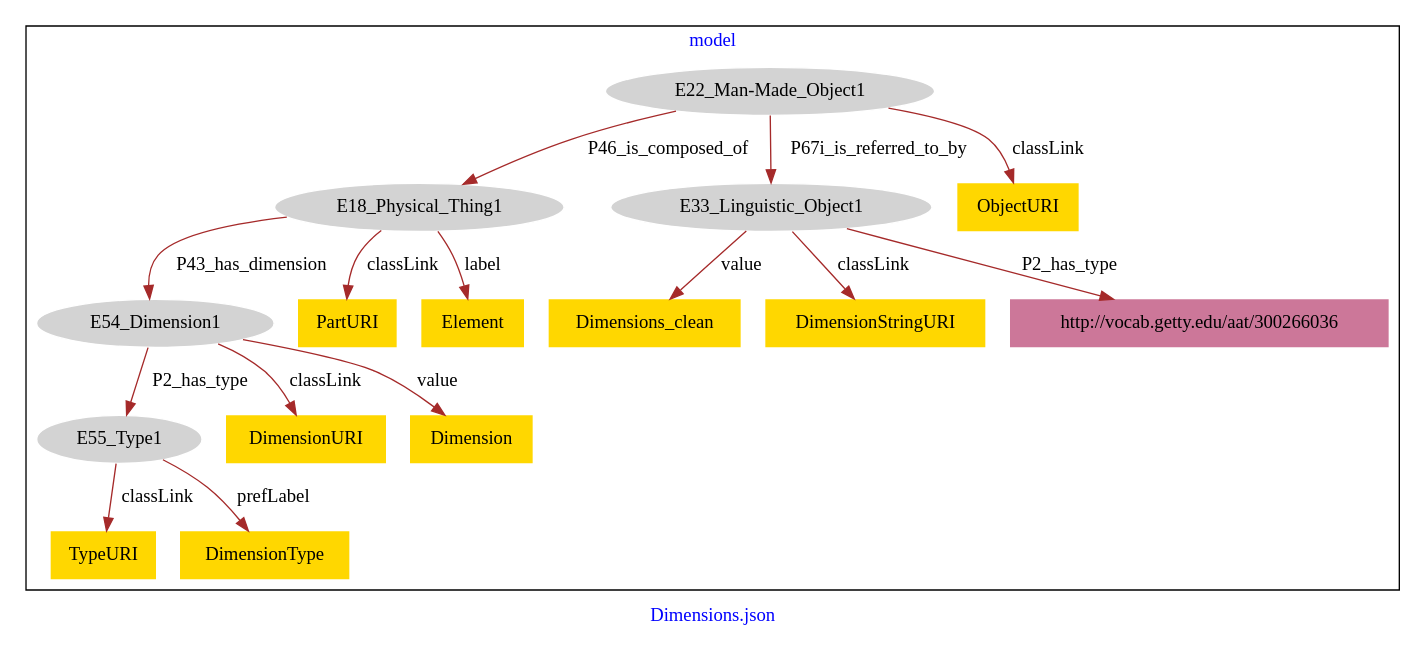
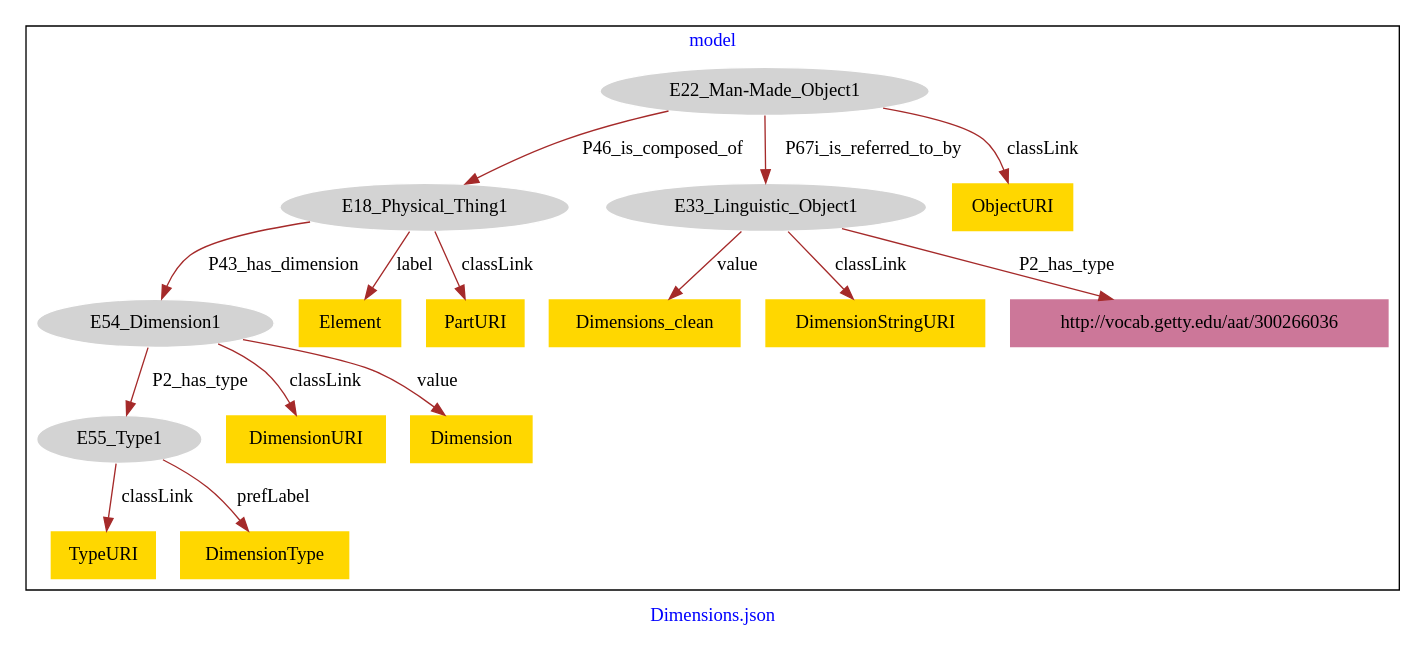
Before and after one commit to american-art/GM: the diagram in Dimensions/Dimensions-model.dot, drawn with Graphviz.

Commit message:
Update file Dimensions-model.dot

```diff
--- a/Dimensions/Dimensions-model.dot
+++ b/Dimensions/Dimensions-model.dot
@@ -1,37 +1,37 @@
 digraph n0 {
 fontcolor="blue"
 remincross="true"
 label="Dimensions.json"
 subgraph cluster {
 label="model"
 n2[style="filled",color="white",fillcolor="lightgray",label="E18_Physical_Thing1"];
 n3[style="filled",color="white",fillcolor="lightgray",label="E54_Dimension1"];
 n4[style="filled",color="white",fillcolor="lightgray",label="E22_Man-Made_Object1"];
 n5[style="filled",color="white",fillcolor="lightgray",label="E33_Linguistic_Object1"];
 n6[style="filled",color="white",fillcolor="lightgray",label="E55_Type1"];
-n7[shape="plaintext",style="filled",fillcolor="gold",label="PartURI"];
-n8[shape="plaintext",style="filled",fillcolor="gold",label="TypeURI"];
+n7[shape="plaintext",style="filled",fillcolor="gold",label="Dimensions_clean"];
+n8[shape="plaintext",style="filled",fillcolor="gold",label="DimensionURI"];
 n9[shape="plaintext",style="filled",fillcolor="gold",label="Element"];
 n10[shape="plaintext",style="filled",fillcolor="gold",label="ObjectURI"];
-n11[shape="plaintext",style="filled",fillcolor="gold",label="Dimensions_clean"];
-n12[shape="plaintext",style="filled",fillcolor="gold",label="DimensionURI"];
-n13[shape="plaintext",style="filled",fillcolor="gold",label="DimensionType"];
-n14[shape="plaintext",style="filled",fillcolor="gold",label="DimensionStringURI"];
-n15[shape="plaintext",style="filled",fillcolor="gold",label="Dimension"];
+n11[shape="plaintext",style="filled",fillcolor="gold",label="TypeURI"];
+n12[shape="plaintext",style="filled",fillcolor="gold",label="DimensionStringURI"];
+n13[shape="plaintext",style="filled",fillcolor="gold",label="Dimension"];
+n14[shape="plaintext",style="filled",fillcolor="gold",label="DimensionType"];
+n15[shape="plaintext",style="filled",fillcolor="gold",label="PartURI"];
 n16[shape="plaintext",style="filled",fillcolor="#CC7799",label="http://vocab.getty.edu/aat/300266036"];
 }
 n2 -> n3[color="brown",fontcolor="black",label="P43_has_dimension"]
 n4 -> n2[color="brown",fontcolor="black",label="P46_is_composed_of"]
 n4 -> n5[color="brown",fontcolor="black",label="P67i_is_referred_to_by"]
 n3 -> n6[color="brown",fontcolor="black",label="P2_has_type"]
-n2 -> n7[color="brown",fontcolor="black",label="classLink"]
-n6 -> n8[color="brown",fontcolor="black",label="classLink"]
+n5 -> n7[color="brown",fontcolor="black",label="value"]
+n3 -> n8[color="brown",fontcolor="black",label="classLink"]
 n2 -> n9[color="brown",fontcolor="black",label="label"]
 n4 -> n10[color="brown",fontcolor="black",label="classLink"]
-n5 -> n11[color="brown",fontcolor="black",label="value"]
-n3 -> n12[color="brown",fontcolor="black",label="classLink"]
-n6 -> n13[color="brown",fontcolor="black",label="prefLabel"]
-n5 -> n14[color="brown",fontcolor="black",label="classLink"]
-n3 -> n15[color="brown",fontcolor="black",label="value"]
+n6 -> n11[color="brown",fontcolor="black",label="classLink"]
+n5 -> n12[color="brown",fontcolor="black",label="classLink"]
+n3 -> n13[color="brown",fontcolor="black",label="value"]
+n6 -> n14[color="brown",fontcolor="black",label="prefLabel"]
+n2 -> n15[color="brown",fontcolor="black",label="classLink"]
 n5 -> n16[color="brown",fontcolor="black",label="P2_has_type"]
 }
```
